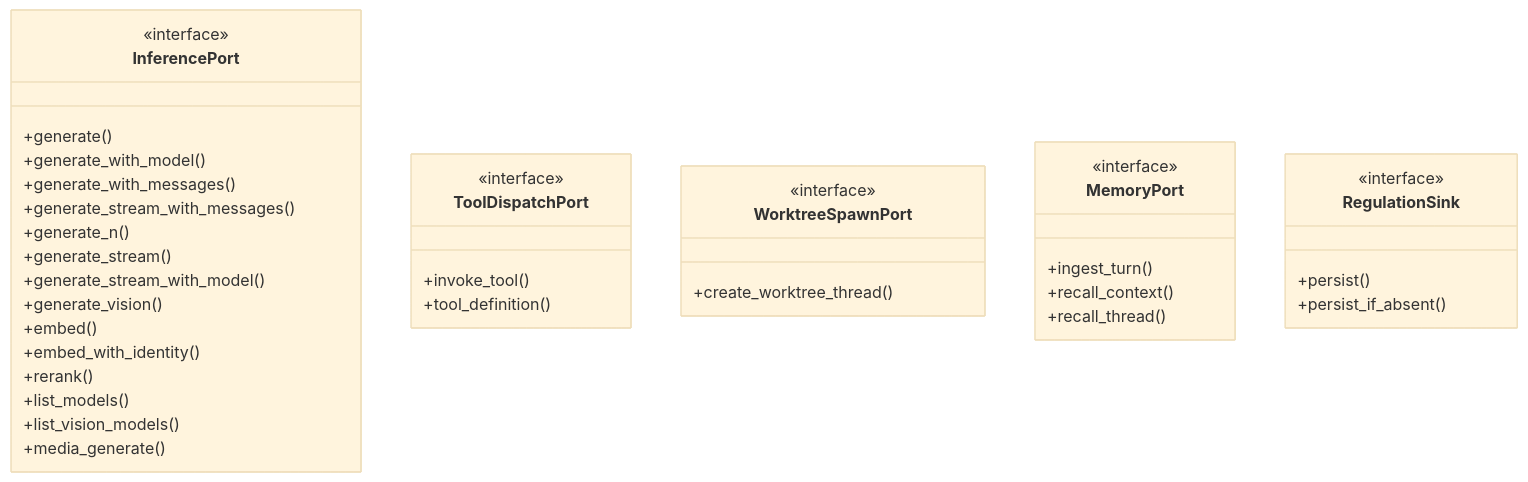
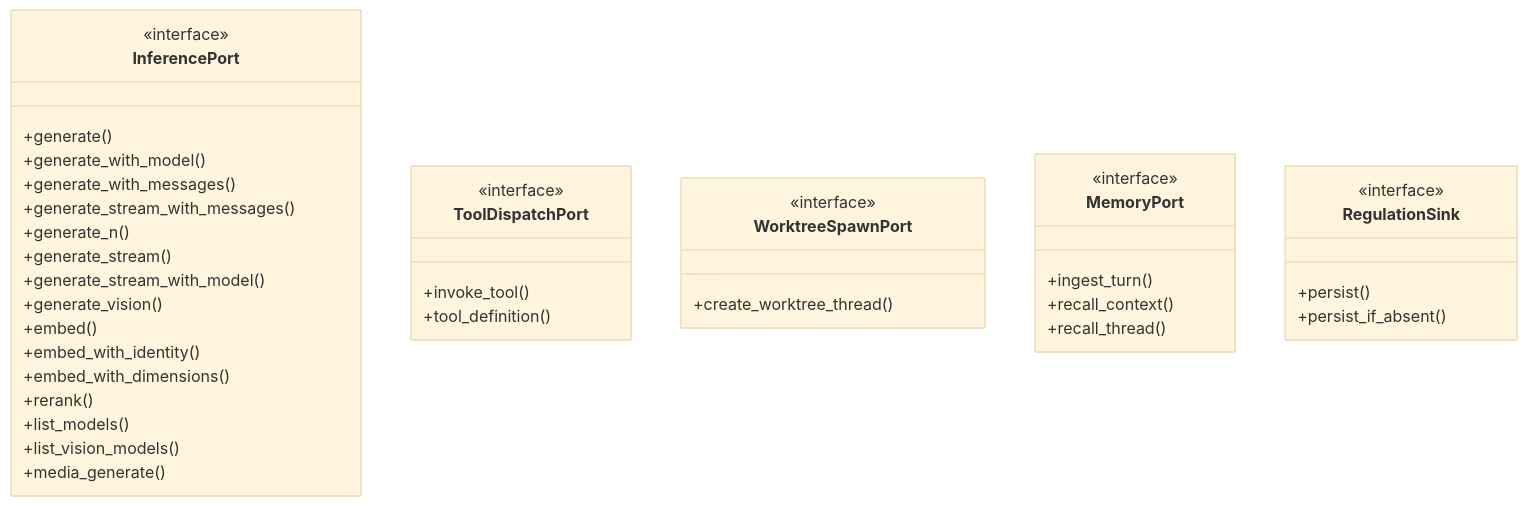
One commit to mdz-axo/zed-kask changed the second of 6 diagrams in kask/docs/diataxis/hkask-types/reference.md. Above: the diagram before and after it, drawn with Mermaid (base theme). The commit also changed other lines of this file and 31 other files, not shown here.

````diff
--- a/kask/docs/diataxis/hkask-types/reference.md
+++ b/kask/docs/diataxis/hkask-types/reference.md
@@ -145,40 +145,41 @@
 ```mermaid
 classDiagram
     class InferencePort {
         <<interface>>
         +generate()
         +generate_with_model()
         +generate_with_messages()
         +generate_stream_with_messages()
         +generate_n()
         +generate_stream()
         +generate_stream_with_model()
         +generate_vision()
         +embed()
         +embed_with_identity()
+        +embed_with_dimensions()
         +rerank()
         +list_models()
         +list_vision_models()
         +media_generate()
     }
     class ToolDispatchPort {
         <<interface>>
         +invoke_tool()
         +tool_definition()
     }
     class WorktreeSpawnPort {
         <<interface>>
         +create_worktree_thread()
     }
     class MemoryPort {
         <<interface>>
         +ingest_turn()
         +recall_context()
         +recall_thread()
     }
     class RegulationSink {
         <<interface>>
         +persist()
         +persist_if_absent()
     }
 ```
````
